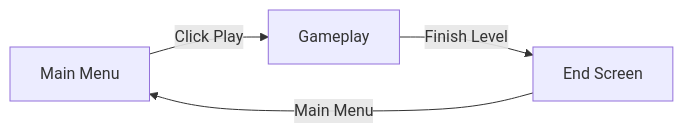
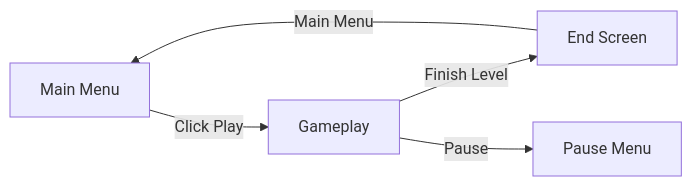
The first of 4 diagrams in README.md (Justsomeguy241/Out-of-the-box), drawn with Mermaid before and after one commit.

````diff
--- a/README.md
+++ b/README.md
@@ -34,11 +34,13 @@
 ```mermaid
 flowchart LR
   mm[Main Menu]
   gp[Gameplay]
   es[End Screen]
+  pm[Pause Menu]
 
   mm -- "Click Play" --> gp
   gp -- "Finish Level" --> es
   es -- "Main Menu" --> mm
+  gp -- "Pause" --> pm
 
 ```
````
